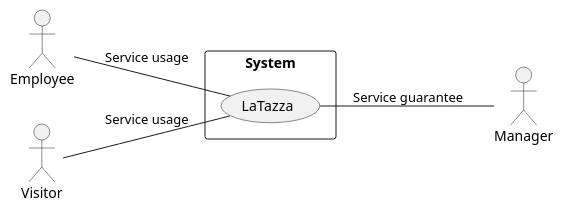
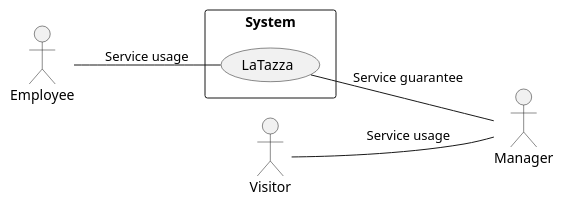
The first of 4 diagrams in requirements.md (s41m0n/LaTazza), drawn with PlantUML before and after one commit. The commit also changed other lines of this file, not shown here.

Commit message:
Fixed issue #5 - Updated Context Diagram + updated interface description for respecting assumptions

````diff
--- a/requirements.md
+++ b/requirements.md
@@ -57,14 +57,13 @@
 ```plantuml
 left to right direction
 skinparam packageStyle rectangle
 actor Employee as e
 actor Visitor as v
 actor Manager as m
 
 rectangle System {
   (LaTazza) as lt
   e--lt: "Service usage"
-  v--lt: "Service usage"
   lt--m: "Service guarantee"
-}
+  v--m: "Service usage"
 ```
````
